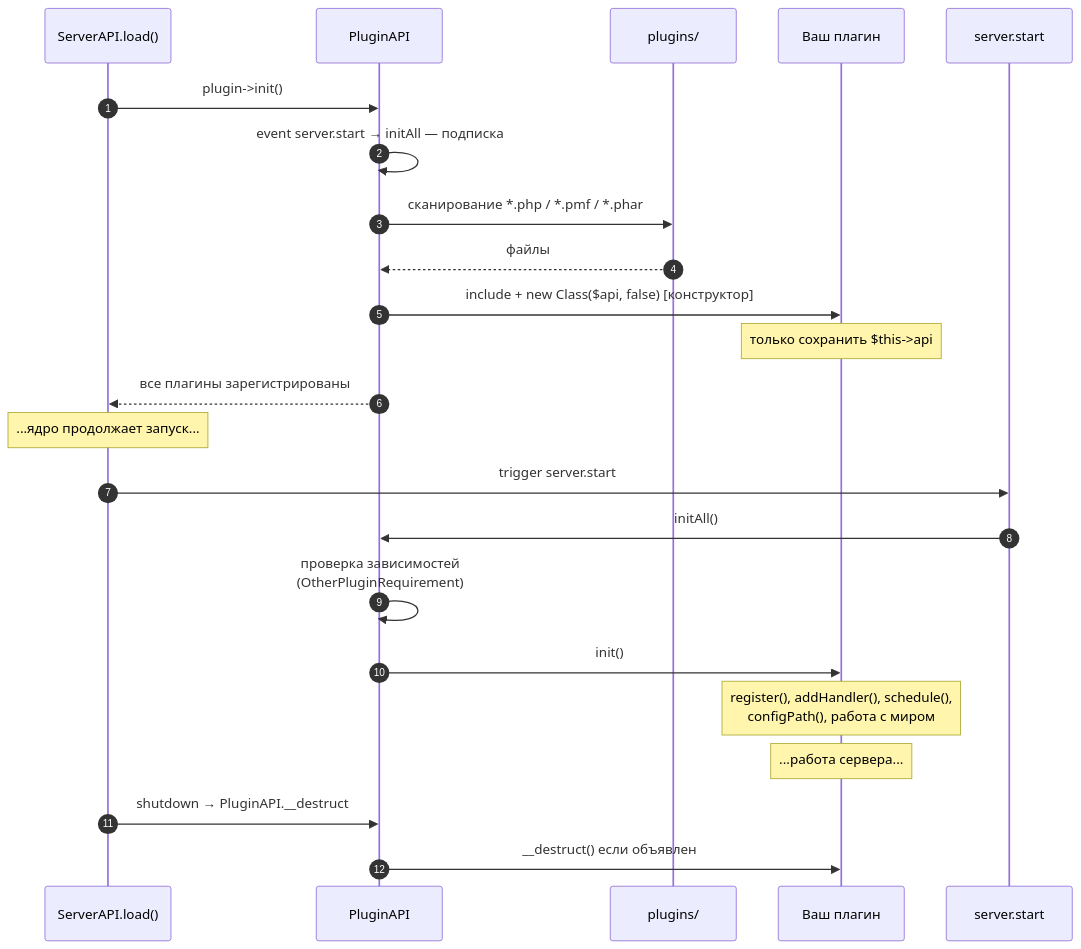
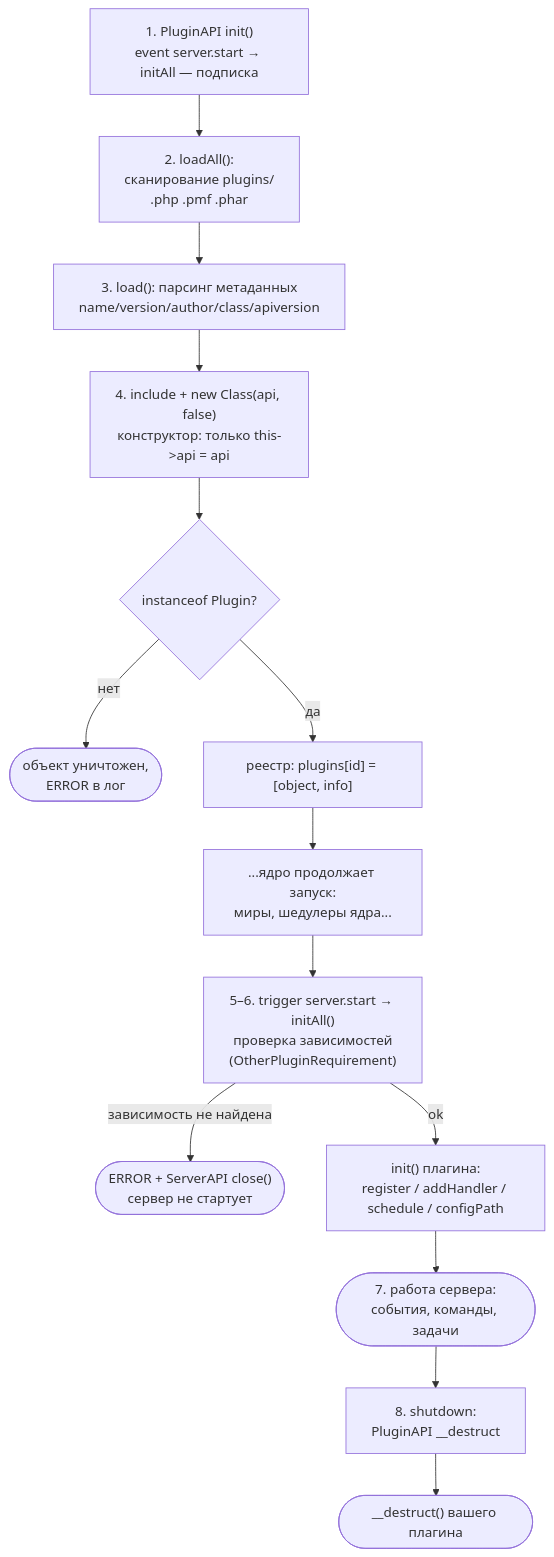
Before and after one commit to MineDg2665/WorldPECore: the second of 4 diagrams in docs/02-plugin-lifecycle.md, drawn with Mermaid. The commit also changed 2 other files, not shown here.

Commit message:
docs diagrams fixed

````diff
--- a/docs/02-plugin-lifecycle.md
+++ b/docs/02-plugin-lifecycle.md
@@ -299,26 +299,16 @@
 ```mermaid
-sequenceDiagram
-    autonumber
-    participant Srv as ServerAPI.load()
-    participant PAPI as PluginAPI
-    participant FS as plugins/
-    participant P as Ваш плагин
-    participant Ev as server.start
-
-    Srv->>PAPI: plugin->init()
-    PAPI->>PAPI: event server.start → initAll — подписка
-    PAPI->>FS: сканирование *.php / *.pmf / *.phar
-    FS-->>PAPI: файлы
-    PAPI->>P: include + new Class($api, false)  [конструктор]
-    Note over P: только сохранить $this->api
-    PAPI-->>Srv: все плагины зарегистрированы
-    Note over Srv: ...ядро продолжает запуск...
-    Srv->>Ev: trigger server.start
-    Ev->>PAPI: initAll()
-    PAPI->>PAPI: проверка зависимостей<br/>(OtherPluginRequirement)
-    PAPI->>P: init()
-    Note over P: register(), addHandler(), schedule(),<br/>configPath(), работа с миром
-    Note over P: ...работа сервера...
-    Srv->>PAPI: shutdown → PluginAPI.__destruct
-    PAPI->>P: __destruct() если объявлен
+flowchart TD
+    A["1. PluginAPI init()<br/>event server.start → initAll — подписка"] --> B["2. loadAll():<br/>сканирование plugins/<br/>.php .pmf .phar"]
+    B --> C["3. load(): парсинг метаданных<br/>name/version/author/class/apiversion"]
+    C --> D["4. include + new Class(api, false)<br/>конструктор: только this->api = api"]
+    D --> E{"instanceof Plugin?"}
+    E -- "нет" --> X(["объект уничтожен,<br/>ERROR в лог"])
+    E -- "да" --> F["реестр: plugins[id] = [object, info]"]
+    F --> G["...ядро продолжает запуск:<br/>миры, шедулеры ядра..."]
+    G --> H["5–6. trigger server.start → initAll()<br/>проверка зависимостей<br/>(OtherPluginRequirement)"]
+    H -- "зависимость не найдена" --> Y(["ERROR + ServerAPI close()<br/>сервер не стартует"])
+    H -- "ok" --> I["init() плагина:<br/>register / addHandler / schedule / configPath"]
+    I --> J(["7. работа сервера:<br/>события, команды, задачи"])
+    J --> K["8. shutdown:<br/>PluginAPI __destruct"]
+    K --> L(["__destruct() вашего плагина"])
 ```
````
